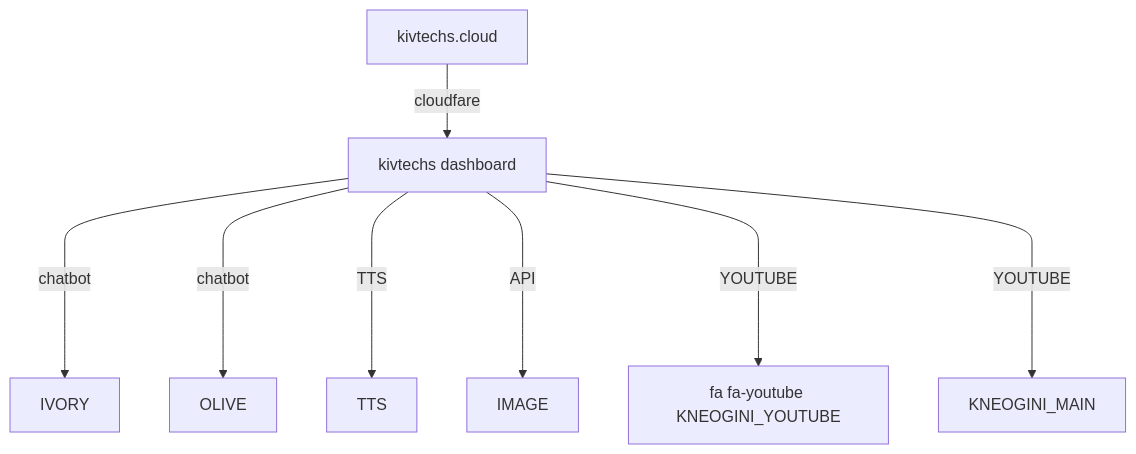
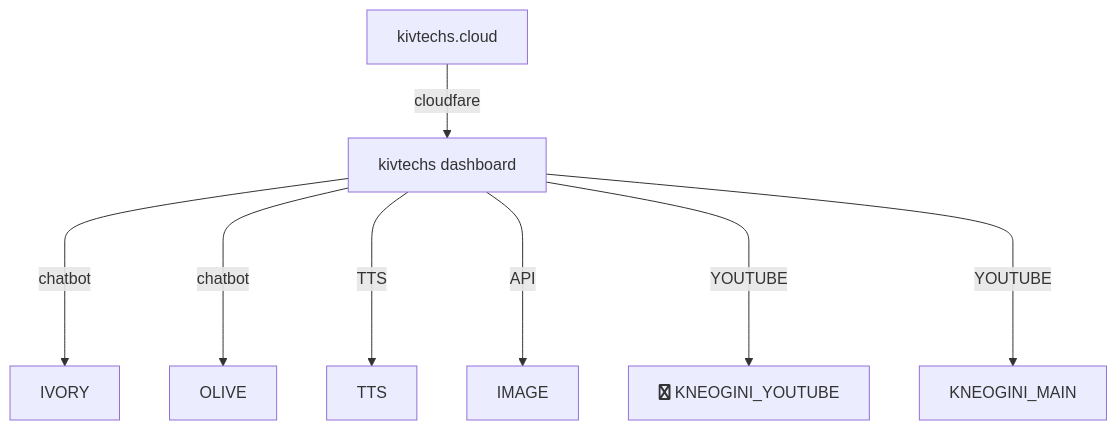
One commit to kivtechs-uml/kivtechs-uml changed the diagram in README.md. Above: the diagram before and after it, drawn with Mermaid.

````diff
--- a/README.md
+++ b/README.md
@@ -6,14 +6,14 @@
 ```mermaid
 flowchart TD
     A[kivtechs.cloud] -->|cloudfare| B(kivtechs dashboard)
     B[kivtechs dashboard] ----> |chatbot| C1[IVORY]
     B[kivtechs dashboard] ----> |chatbot| C2[OLIVE]
     B[kivtechs dashboard] ----> |TTS| D[TTS]
     B[kivtechs dashboard] ----> |API| E[IMAGE]
- B[kivtechs dashboard] ----> |YOUTUBE| F[fa fa-youtube KNEOGINI_YOUTUBE]
+ B[kivtechs dashboard] ----> |YOUTUBE| F[fa:fa-youtube KNEOGINI_YOUTUBE]
 B[kivtechs dashboard] ----> |YOUTUBE| G[KNEOGINI_MAIN]
 
 
 
 
 ```
````
